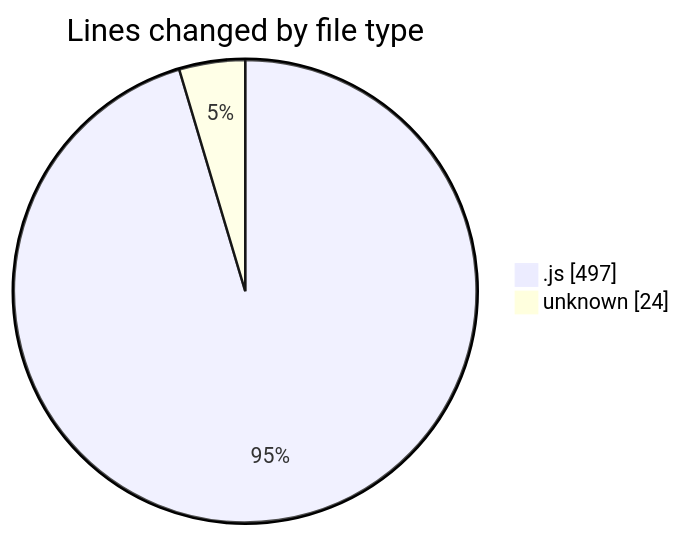
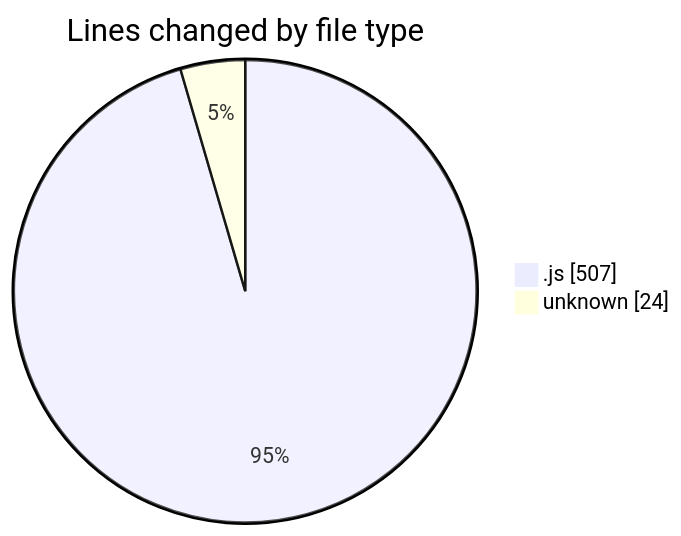
One commit to momahboobian/code-tracking changed the first of 2 diagrams in 2025-02-03/cda/README.md. Above: the diagram before and after it, drawn with Mermaid. The commit also changed other lines of this file and 1 other file, not shown here.

````diff
--- a/2025-02-03/cda/README.md
+++ b/2025-02-03/cda/README.md
@@ -24,6 +24,6 @@
 ```mermaid
 pie showData
 title Lines changed by file type
-".js" : 497
+".js" : 507
 "unknown" : 24
 ```
````
